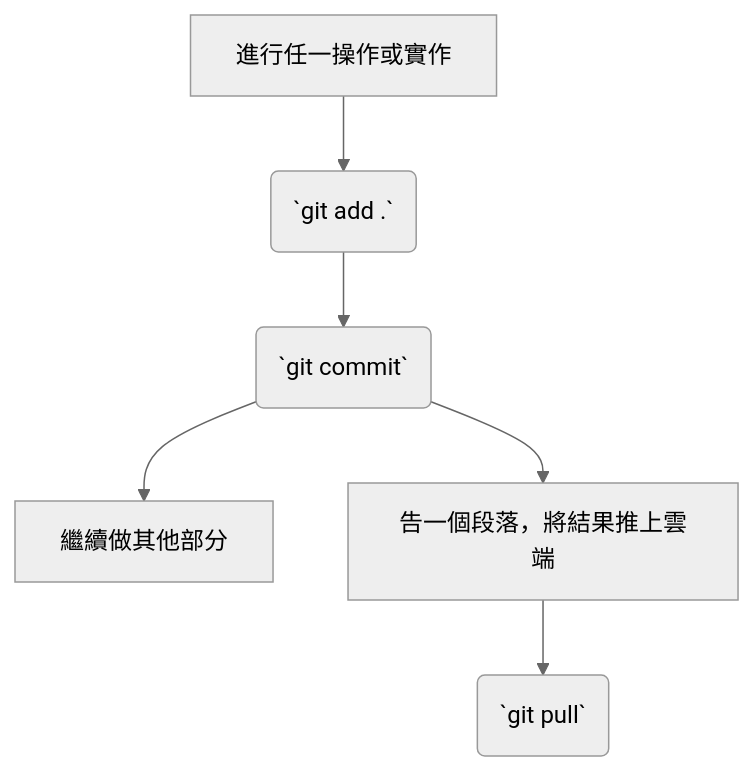
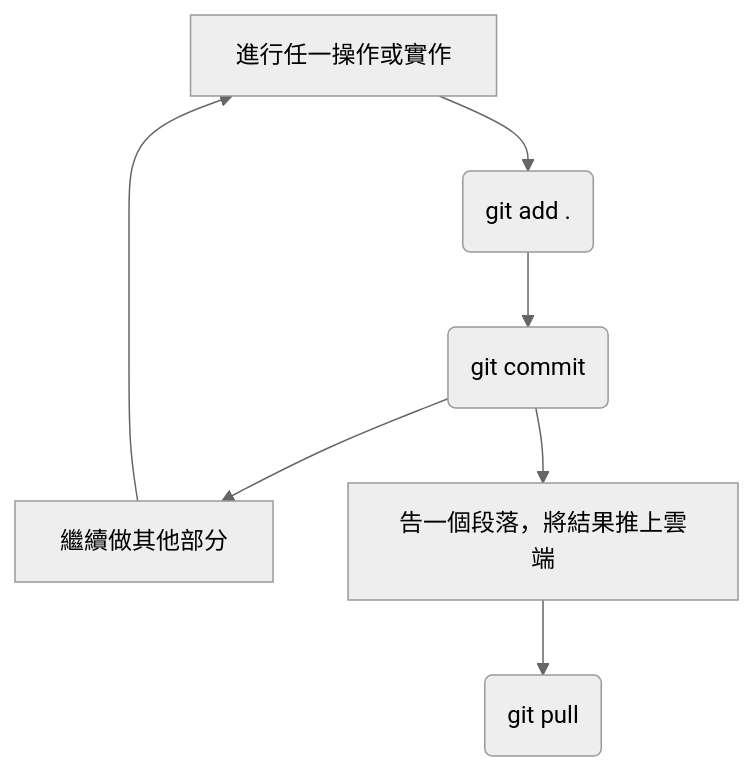
Before and after one commit to ChengYouLin/market-info-system-springboot-mvc: the diagram in README.md, drawn with Mermaid (neutral theme).

Commit message:
Add: 修正Git 大致流程的流程圖

````diff
--- a/README.md
+++ b/README.md
@@ -187,17 +187,18 @@
 ```mermaid
 
 graph TD
     A[進行任一操作或實作]
-    B(`git add .`)
-    C(`git commit`)
+    B(git add .)
+    C(git commit)
     F[繼續做其他部分]
     D[告一個段落，將結果推上雲端]
-    E(`git pull`)
+    E(git pull)
 
     A --> B
     B --> C
     C --> F
     C --> D
     D --> E
+    F --> A
 
 ```
````
